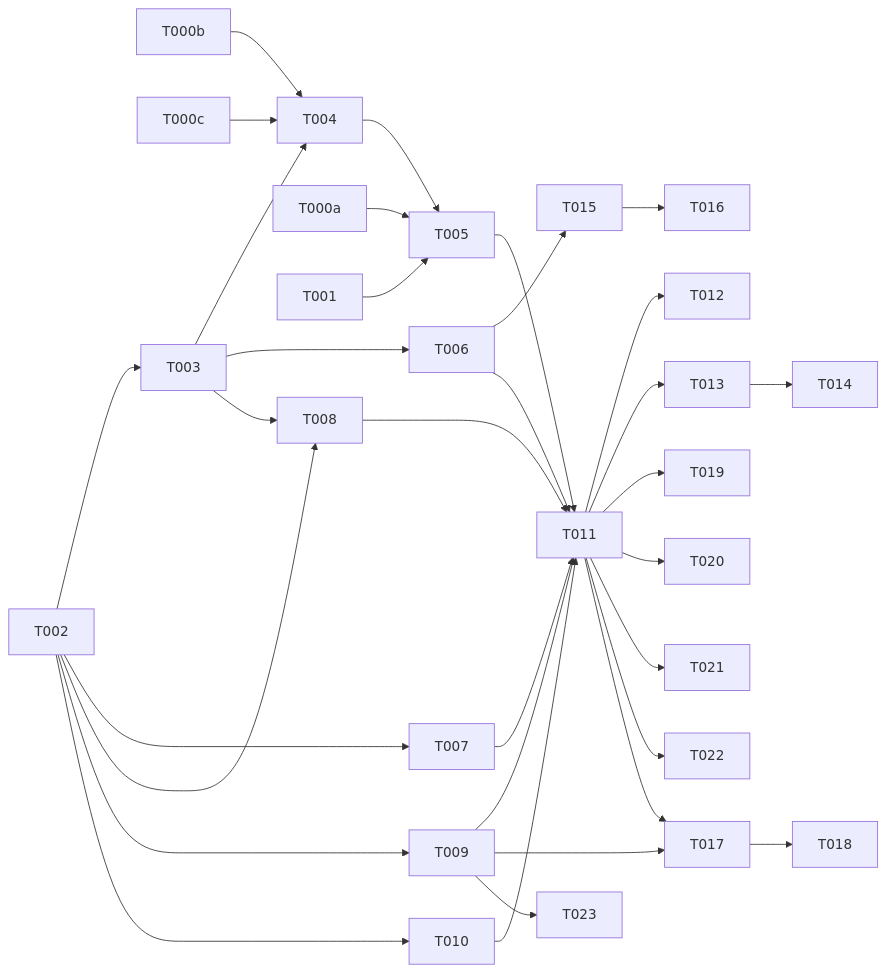
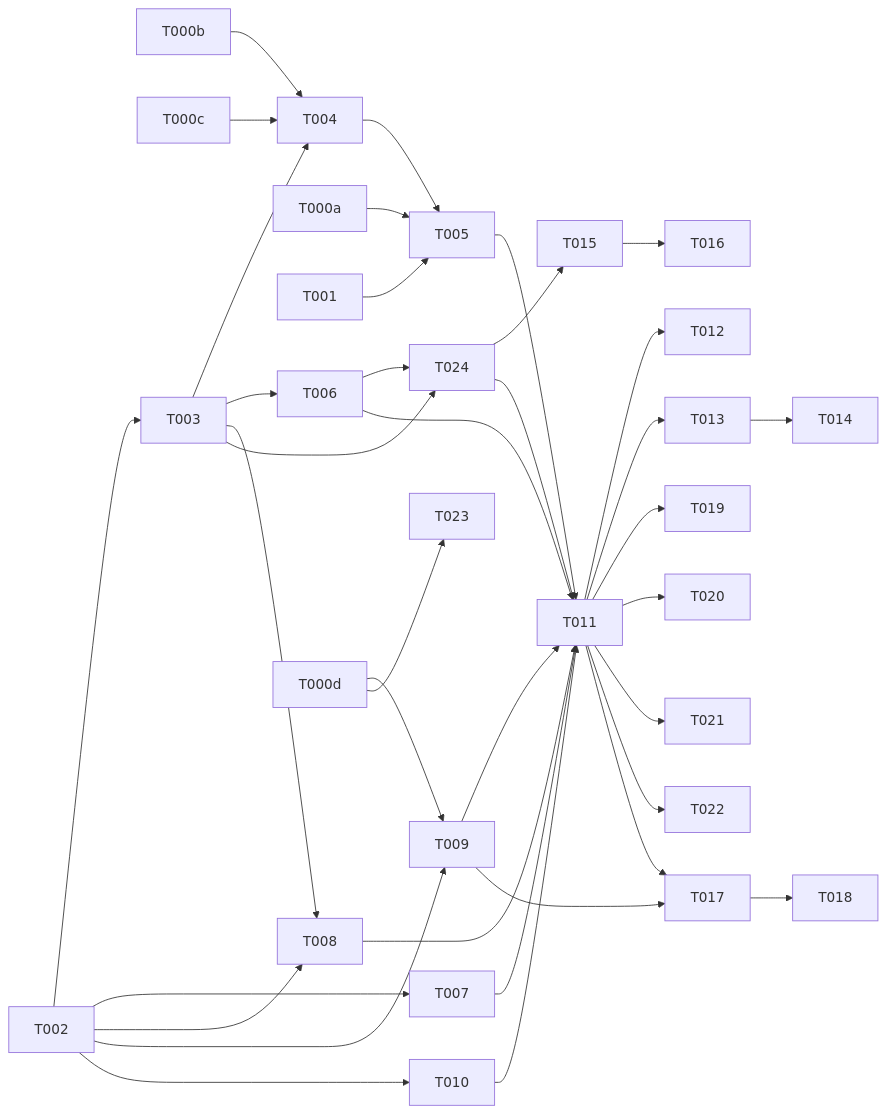
Before and after one commit to UnderUndre/undrecreaitwins: the diagram in specs/010-hermes-executor/tasks.md, drawn with Mermaid. The commit also changed other lines of this file and 6 other files, not shown here.

````diff
--- a/specs/010-hermes-executor/tasks.md
+++ b/specs/010-hermes-executor/tasks.md
@@ -93,28 +97,31 @@
 ```mermaid
 graph LR
     T000b & T000c --> T004
     T000a --> T005
     T001 --> T005
     T002 --> T003
     T002 --> T007
     T002 --> T008
     T002 --> T009
     T002 --> T010
     T003 --> T004
     T003 --> T006
     T003 --> T008
+    T003 --> T024
     T004 --> T005
-    T006 --> T015
-    T005 & T006 & T007 & T008 & T009 & T010 --> T011
+    T006 --> T024
+    T024 --> T015
+    T005 & T006 & T007 & T008 & T009 & T010 & T024 --> T011
     T011 --> T012
     T011 --> T013
     T011 --> T019
     T011 --> T020
     T011 --> T021
     T011 --> T022
     T013 --> T014
     T015 --> T016
     T009 & T011 --> T017
     T017 --> T018
-    T009 --> T023
+    T000d --> T009
+    T000d --> T023
 ```
````
